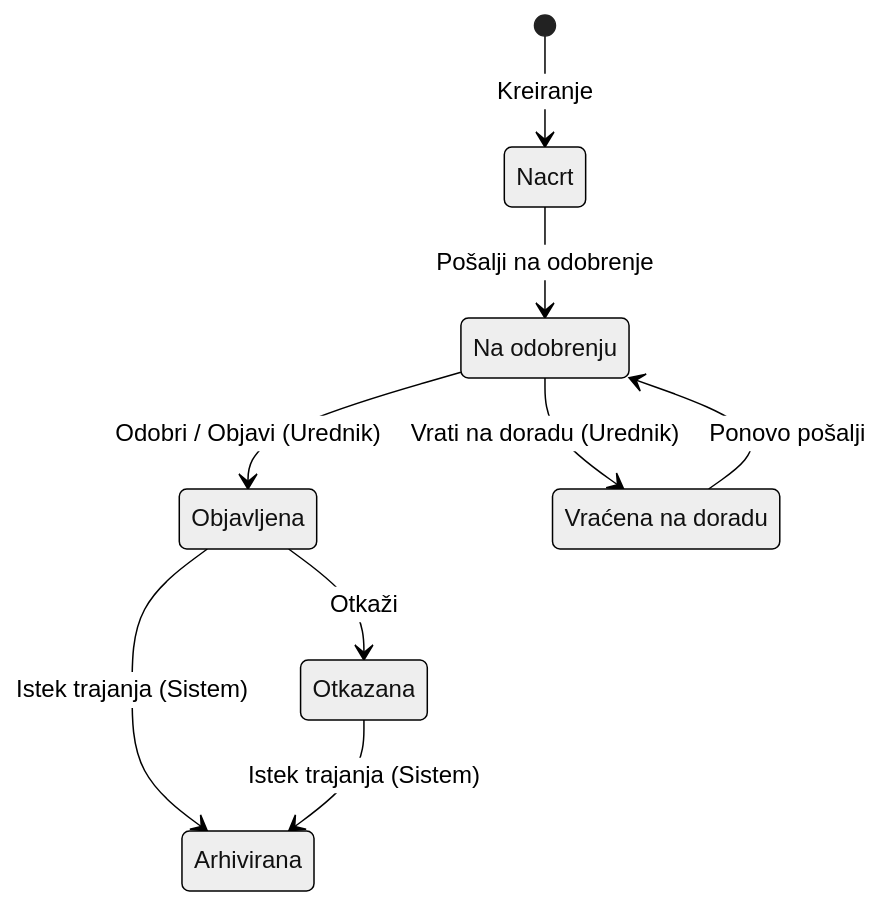
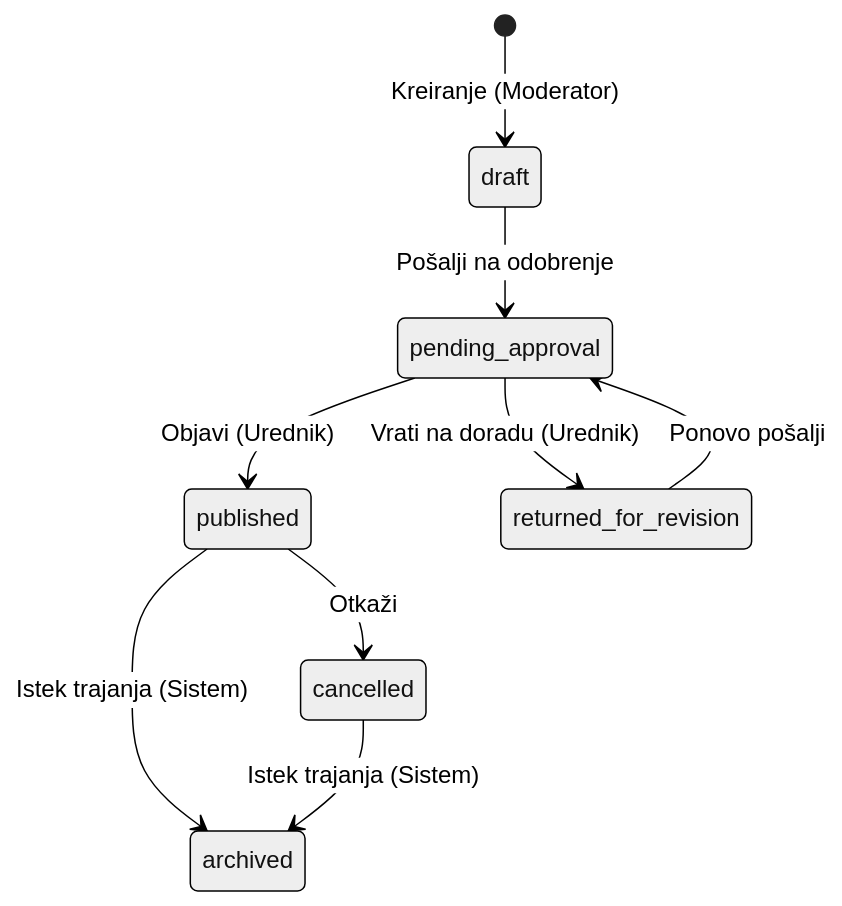
The third of 4 diagrams in docs/technical-specifications/Technical-Specification_Manifestacija.md (GoranOpK/digital.kotor.me), drawn with Mermaid (neutral theme) before and after one commit. The commit also changed other lines of this file and 21 other files, not shown here.

````diff
--- a/docs/technical-specifications/Technical-Specification_Manifestacija.md
+++ b/docs/technical-specifications/Technical-Specification_Manifestacija.md
@@ -299,16 +328,11 @@
 ```mermaid
 stateDiagram-v2
-  [*] --> Nacrt : Kreiranje
-
-  Nacrt --> Na_odobrenju : Pošalji na odobrenje
-  Na_odobrenju --> Objavljena : Odobri / Objavi (Urednik)
-  Na_odobrenju --> Vracena_na_doradu : Vrati na doradu (Urednik)
-  Vracena_na_doradu --> Na_odobrenju : Ponovo pošalji
-
-  Objavljena --> Otkazana : Otkaži
-  Objavljena --> Arhivirana : Istek trajanja (Sistem)
-  Otkazana --> Arhivirana : Istek trajanja (Sistem)
-
-  state "Na odobrenju" as Na_odobrenju
-  state "Vraćena na doradu" as Vracena_na_doradu
+  [*] --> draft : Kreiranje (Moderator)
+  draft --> pending_approval : Pošalji na odobrenje
+  pending_approval --> published : Objavi (Urednik)
+  pending_approval --> returned_for_revision : Vrati na doradu (Urednik)
+  returned_for_revision --> pending_approval : Ponovo pošalji
+  published --> cancelled : Otkaži
+  published --> archived : Istek trajanja (Sistem)
+  cancelled --> archived : Istek trajanja (Sistem)
 ```
````
